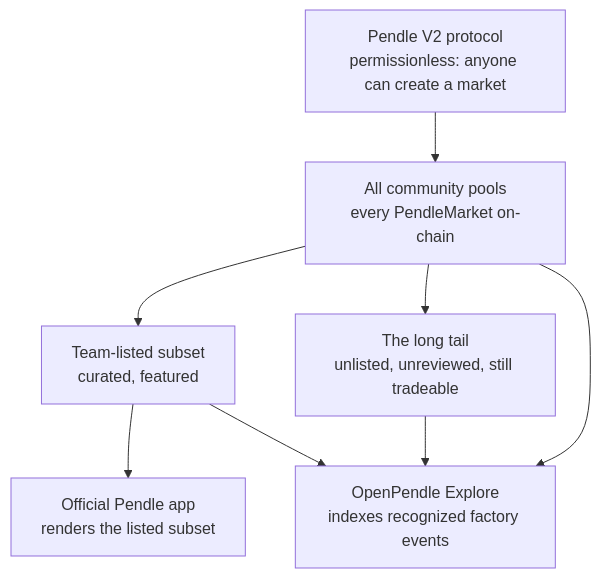
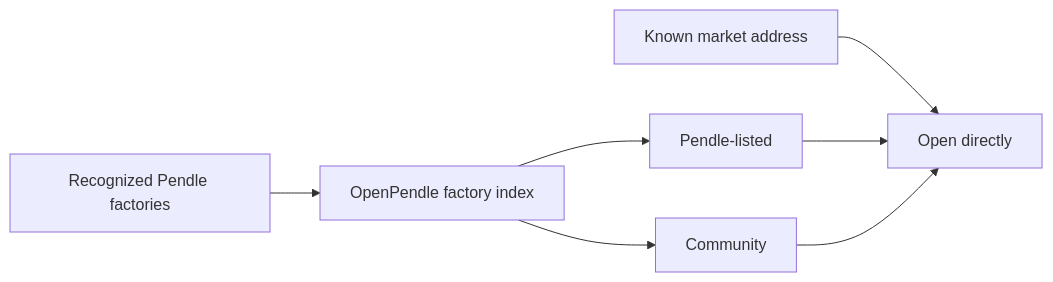
One commit to ggmatch-mod/open-pendle changed the diagram in docs-site/introduction/why-openpendle.md. Above: the diagram before and after it, drawn with Mermaid. The commit also changed other lines of this file and 74 other files, not shown here.

````diff
--- a/docs-site/introduction/why-openpendle.md
+++ b/docs-site/introduction/why-openpendle.md
@@ -27,10 +38,9 @@
 ```mermaid
-flowchart TD
-  P[Pendle V2 protocol<br/>permissionless: anyone can create a market] --> ALL[All community pools<br/>every PendleMarket on-chain]
-  ALL --> LISTED[Team-listed subset<br/>curated, featured]
-  ALL --> TAIL[The long tail<br/>unlisted, unreviewed, still tradeable]
-  LISTED --> OFF[Official Pendle app<br/>renders the listed subset]
-  ALL --> OP[OpenPendle Explore<br/>indexes recognized factory events]
-  TAIL --> OP
-  LISTED --> OP
+flowchart LR
+  F[Recognized Pendle factories] --> I[OpenPendle factory index]
+  I --> L[Pendle-listed]
+  I --> C[Community]
+  A[Known market address] --> O[Open directly]
+  L --> O
+  C --> O
 ```
````
